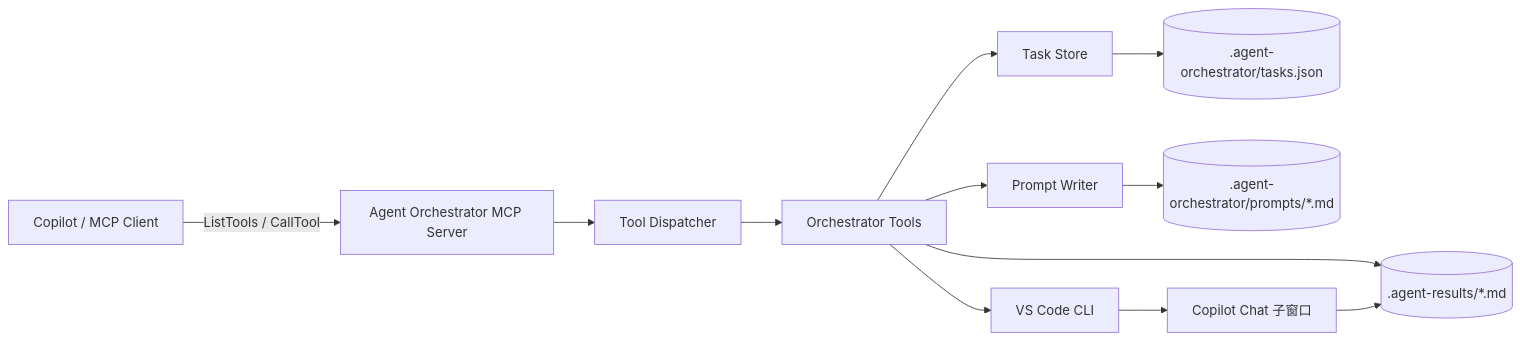
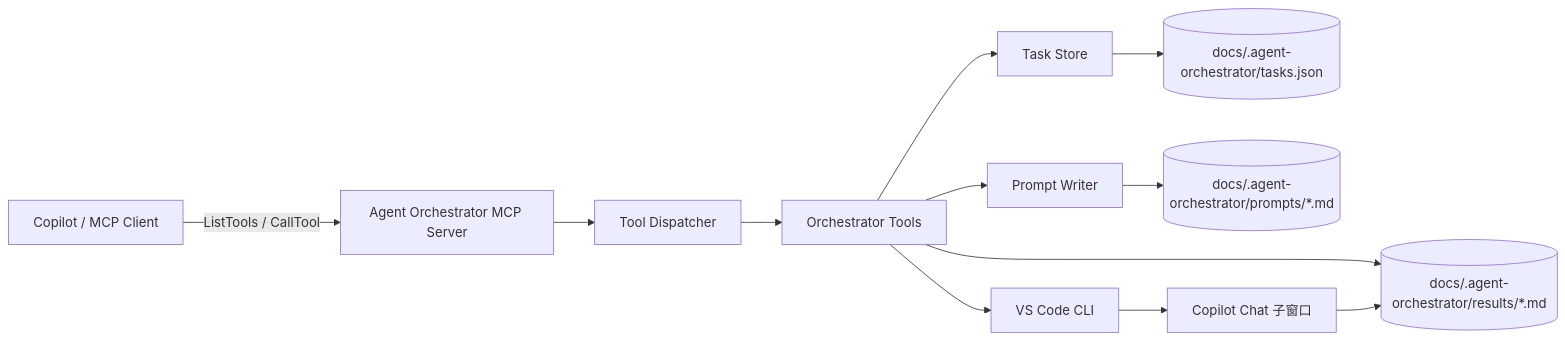
One commit to TomorrowLM/lm-ai-future changed the first of 2 diagrams in front/mcp/agent-orchestrator-mcp/README.md. Above: the diagram before and after it, drawn with Mermaid. The commit also changed other lines of this file and 8 other files, not shown here.

````diff
--- a/front/mcp/agent-orchestrator-mcp/README.md
+++ b/front/mcp/agent-orchestrator-mcp/README.md
@@ -27,14 +27,14 @@
 ```mermaid
 flowchart LR
 	Client[Copilot / MCP Client] -->|ListTools / CallTool| MCP[Agent Orchestrator MCP Server]
 	MCP --> Dispatcher[Tool Dispatcher]
 	Dispatcher --> Orchestrator[Orchestrator Tools]
 	Orchestrator --> Store[Task Store]
 	Orchestrator --> Prompt[Prompt Writer]
 	Orchestrator --> CodeCLI[VS Code CLI]
-	Store --> Json[(.agent-orchestrator/tasks.json)]
-	Prompt --> PromptFiles[(.agent-orchestrator/prompts/*.md)]
-	Orchestrator --> ResultFiles[(.agent-results/*.md)]
+	Store --> Json[(docs/.agent-orchestrator/tasks.json)]
+	Prompt --> PromptFiles[(docs/.agent-orchestrator/prompts/*.md)]
+	Orchestrator --> ResultFiles[(docs/.agent-orchestrator/results/*.md)]
 	CodeCLI --> SubChat[Copilot Chat 子窗口]
 	SubChat --> ResultFiles
 ```
````
